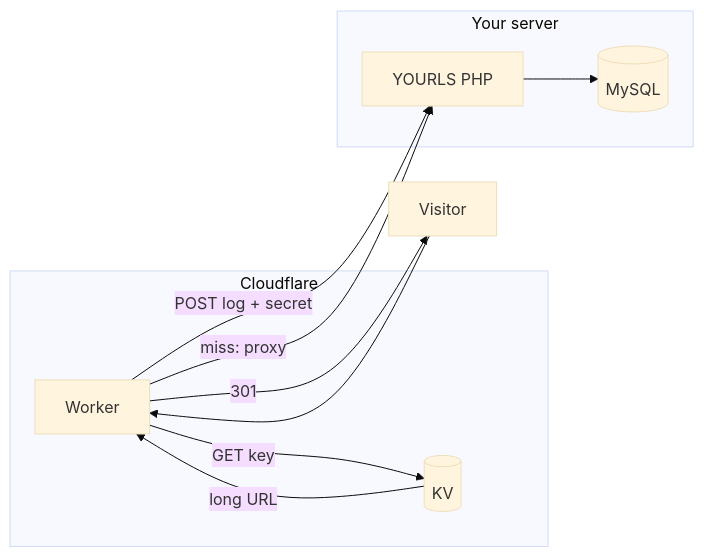
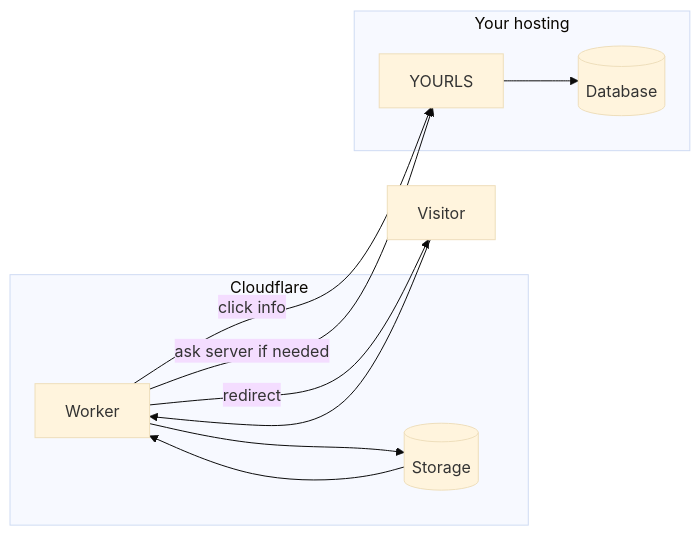
Before and after one commit to abdulaqil5/yourls-cloudflare-kv-sync: the diagram in README.md, drawn with Mermaid (base theme). The commit also changed other lines of this file, not shown here.

````diff
--- a/README.md
+++ b/README.md
@@ -17,18 +15,18 @@
 ```mermaid
 flowchart LR
   subgraph cf [Cloudflare]
     W[Worker]
-    KV[(KV)]
+    KV[(Storage)]
   end
-  subgraph origin [Your server]
-    Y[YOURLS PHP]
-    DB[(MySQL)]
+  subgraph server [Your hosting]
+    Y[YOURLS]
+    DB[(Database)]
   end
-  U[Visitor] --> W
-  W -->|GET key| KV
-  KV -->|long URL| W
-  W -->|POST log + secret| Y
-  W -->|301| U
-  W -->|miss: proxy| Y
+  Visitor --> W
+  W --> KV
+  KV --> W
+  W -->|click info| Y
+  W -->|redirect| Visitor
+  W -->|ask server if needed| Y
   Y --> DB
 ```
````
